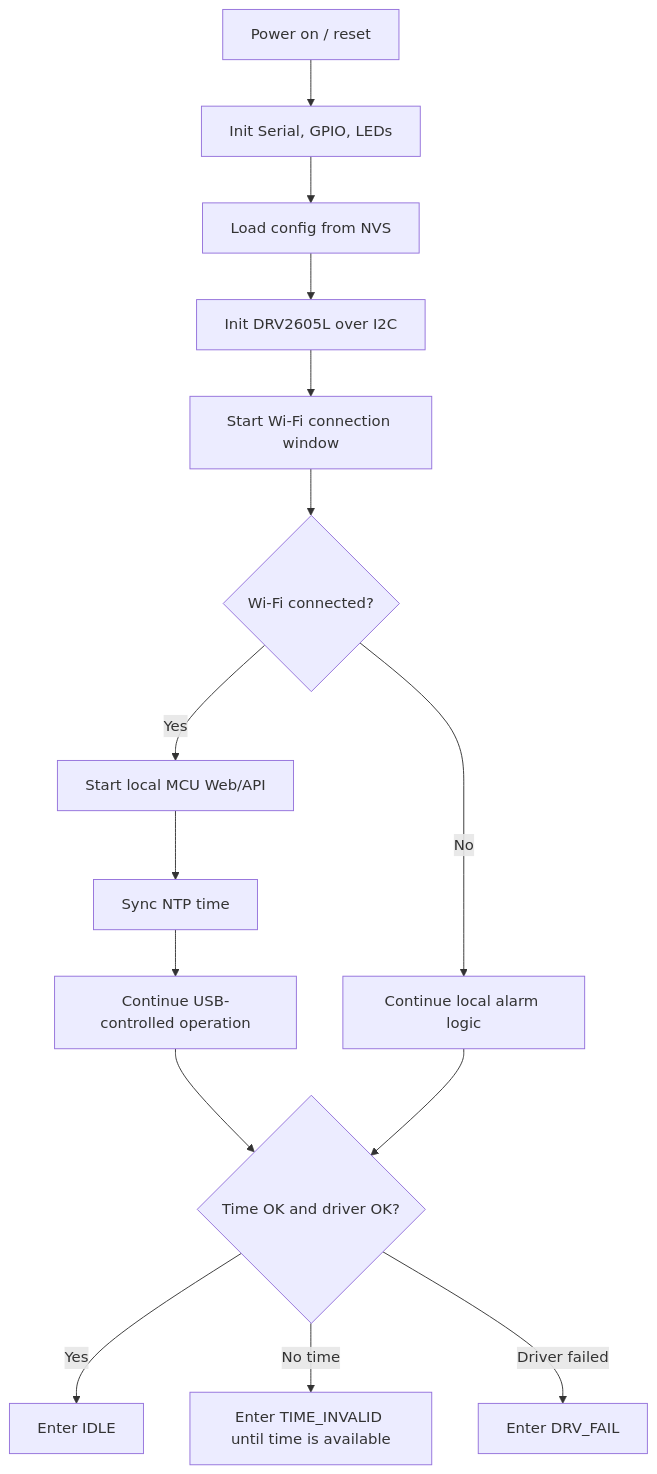
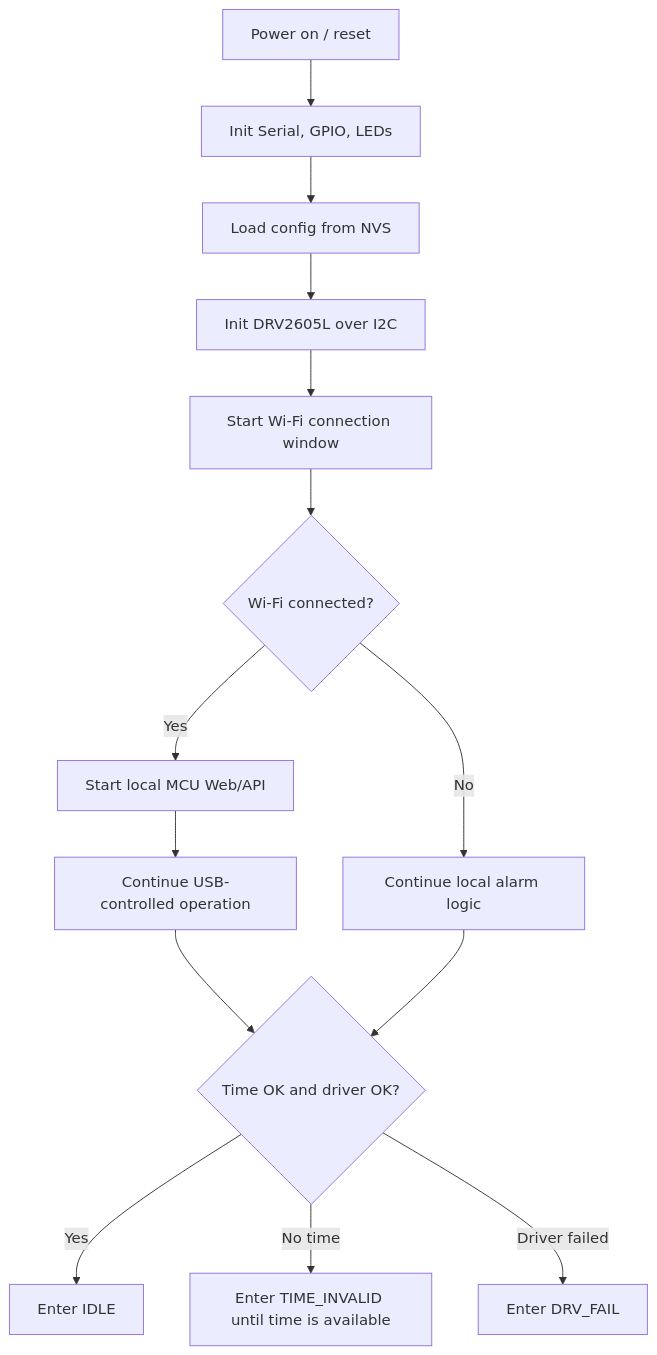
Before and after one commit to terry-eric/esp32c3-clock-web: the first of 2 diagrams in docs/MCU_LOGIC.md, drawn with Mermaid. The commit also changed other lines of this file and 4 other files, not shown here.

Commit message:
Sync MCU time over USB

````diff
--- a/docs/MCU_LOGIC.md
+++ b/docs/MCU_LOGIC.md
@@ -13,17 +14,16 @@
 ```mermaid
 flowchart TD
   A["Power on / reset"] --> B["Init Serial, GPIO, LEDs"]
   B --> C["Load config from NVS"]
   C --> D["Init DRV2605L over I2C"]
   D --> E["Start Wi-Fi connection window"]
   E --> F{"Wi-Fi connected?"}
   F -- "Yes" --> G["Start local MCU Web/API"]
-  G --> H["Sync NTP time"]
-  H --> I["Continue USB-controlled operation"]
+  G --> I["Continue USB-controlled operation"]
   F -- "No" --> J["Continue local alarm logic"]
   I --> K{"Time OK and driver OK?"}
   J --> K
   K -- "Yes" --> L["Enter IDLE"]
   K -- "No time" --> M["Enter TIME_INVALID until time is available"]
   K -- "Driver failed" --> N["Enter DRV_FAIL"]
 ```
````
